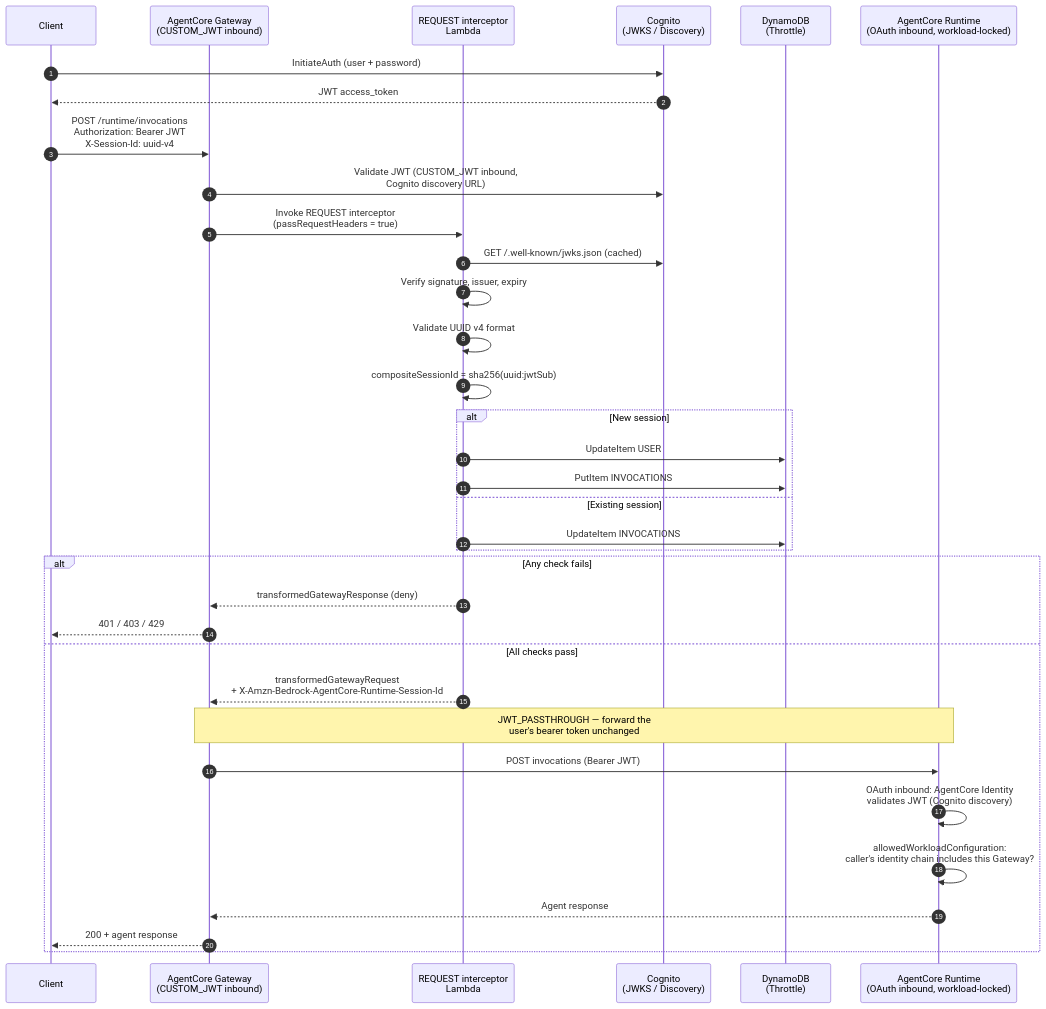
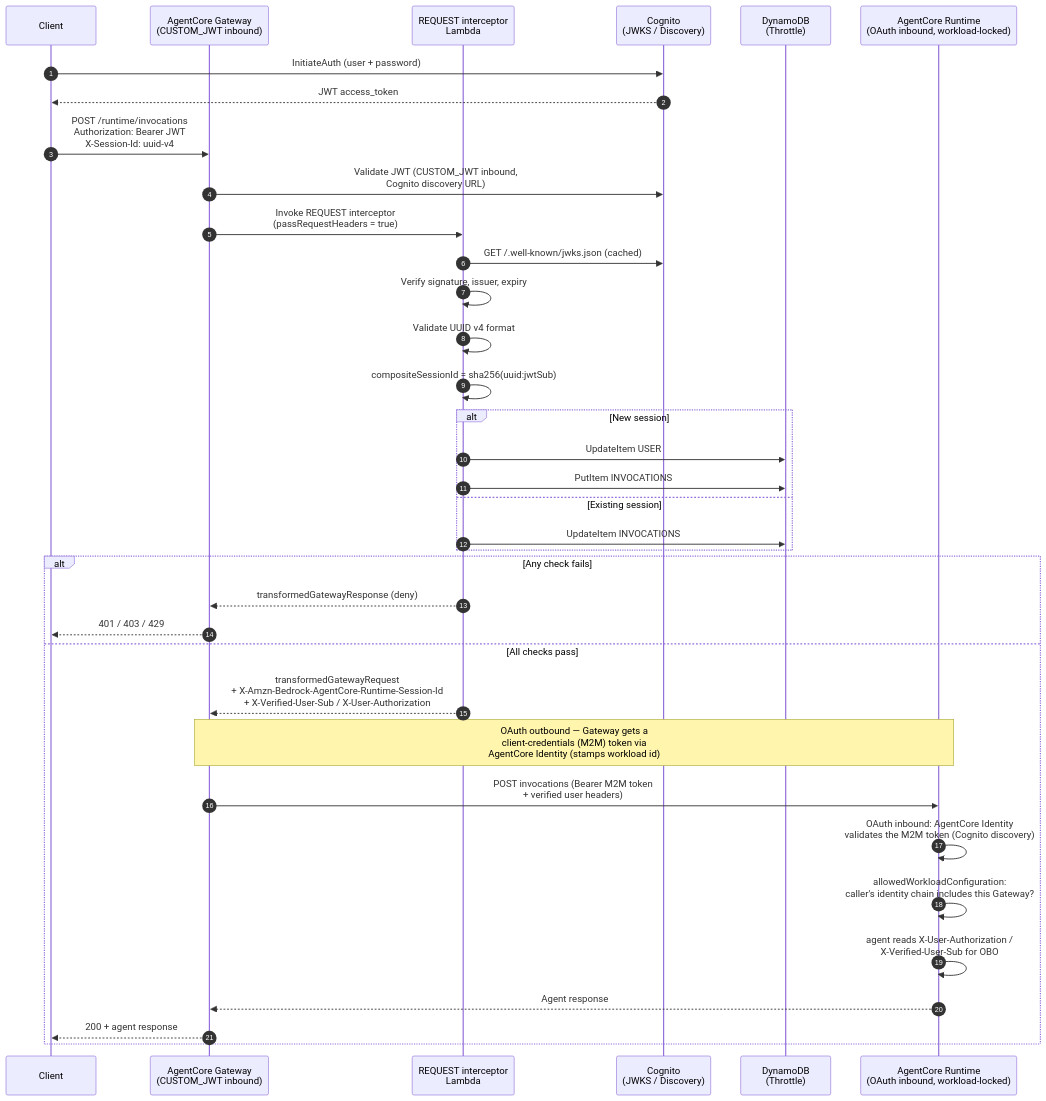
The diagram in README.md (aws-samples/sample-expose-agentcore-via-api-gateway), drawn with Mermaid before and after one commit. The commit also changed other lines of this file and 7 other files, not shown here.

Commit message:
AgentCore Gateway working version - diagram not updated yet

````diff
--- a/README.md
+++ b/README.md
@@ -17,42 +19,43 @@
 ```mermaid
 sequenceDiagram
     autonumber
     participant C as Client
     participant G as AgentCore Gateway<br/>(CUSTOM_JWT inbound)
     participant I as REQUEST interceptor<br/>Lambda
     participant K as Cognito<br/>(JWKS / Discovery)
     participant D as DynamoDB<br/>(Throttle)
     participant R as AgentCore Runtime<br/>(OAuth inbound, workload-locked)
 
     C->>K: InitiateAuth (user + password)
     K-->>C: JWT access_token
     C->>G: POST /runtime/invocations<br/>Authorization: Bearer JWT<br/>X-Session-Id: uuid-v4
 
     G->>K: Validate JWT (CUSTOM_JWT inbound,<br/>Cognito discovery URL)
     G->>I: Invoke REQUEST interceptor<br/>(passRequestHeaders = true)
 
     I->>K: GET /.well-known/jwks.json (cached)
     I->>I: Verify signature, issuer, expiry
     I->>I: Validate UUID v4 format
     I->>I: compositeSessionId = sha256(uuid:jwtSub)
 
     alt New session
         I->>D: UpdateItem USER#sub<br/>condition: sessionCount < MAX
         I->>D: PutItem INVOCATIONS#hash counter=1
     else Existing session
         I->>D: UpdateItem INVOCATIONS#hash<br/>condition: invocationCount < MAX
     end
 
     alt Any check fails
         I-->>G: transformedGatewayResponse (deny)
         G-->>C: 401 / 403 / 429
     else All checks pass
-        I-->>G: transformedGatewayRequest<br/>+ X-Amzn-Bedrock-AgentCore-Runtime-Session-Id
-        Note over G,R: JWT_PASSTHROUGH — forward the<br/>user's bearer token unchanged
-        G->>R: POST invocations (Bearer JWT)
-        R->>R: OAuth inbound: AgentCore Identity<br/>validates JWT (Cognito discovery)
+        I-->>G: transformedGatewayRequest<br/>+ X-Amzn-Bedrock-AgentCore-Runtime-Session-Id<br/>+ X-Verified-User-Sub / X-User-Authorization
+        Note over G,R: OAuth outbound — Gateway gets a<br/>client-credentials (M2M) token via<br/>AgentCore Identity (stamps workload id)
+        G->>R: POST invocations (Bearer M2M token<br/>+ verified user headers)
+        R->>R: OAuth inbound: AgentCore Identity<br/>validates the M2M token (Cognito discovery)
         R->>R: allowedWorkloadConfiguration:<br/>caller's identity chain includes this Gateway?
+        R->>R: agent reads X-User-Authorization /<br/>X-Verified-User-Sub for OBO
         R-->>G: Agent response
         G-->>C: 200 + agent response
     end
 ```
````
